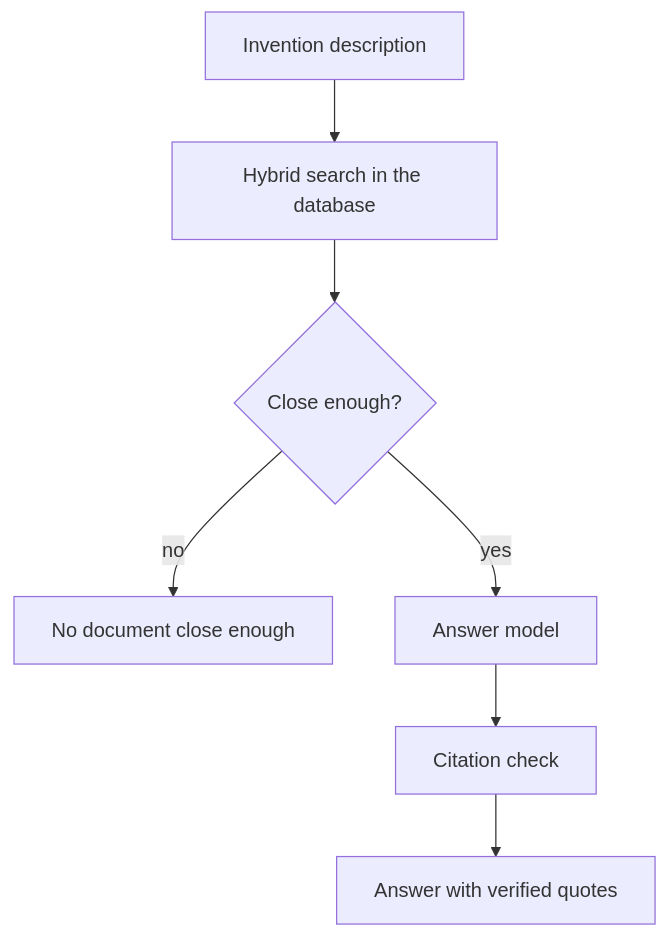
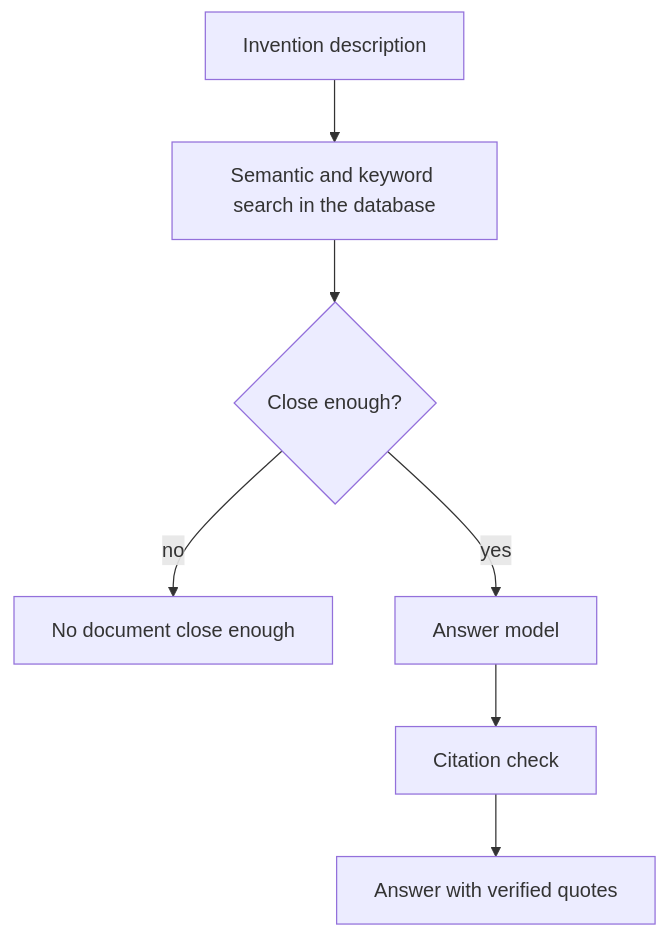
One commit to guillaumeoudin/similar-patent-finder changed the second of 2 diagrams in README.md. Above: the diagram before and after it, drawn with Mermaid. The commit also changed other lines of this file and 3 other files, not shown here.

````diff
--- a/README.md
+++ b/README.md
@@ -98,9 +111,9 @@
 ```mermaid
 flowchart TB
-    Q[Invention description] --> F[Hybrid search in the database]
+    Q[Invention description] --> F[Semantic and keyword search in the database]
     F --> G{Close enough?}
     G -- no --> H[No document close enough]
     G -- yes --> I[Answer model]
     I --> J[Citation check]
     J --> K[Answer with verified quotes]
 ```
````
